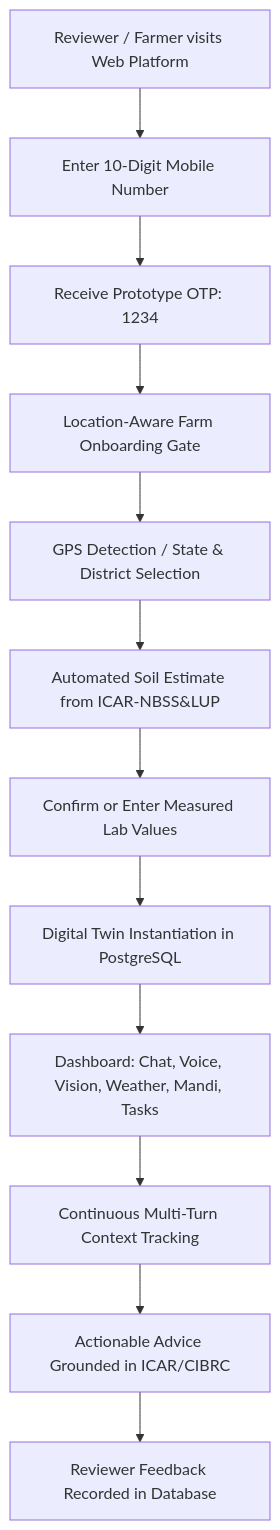
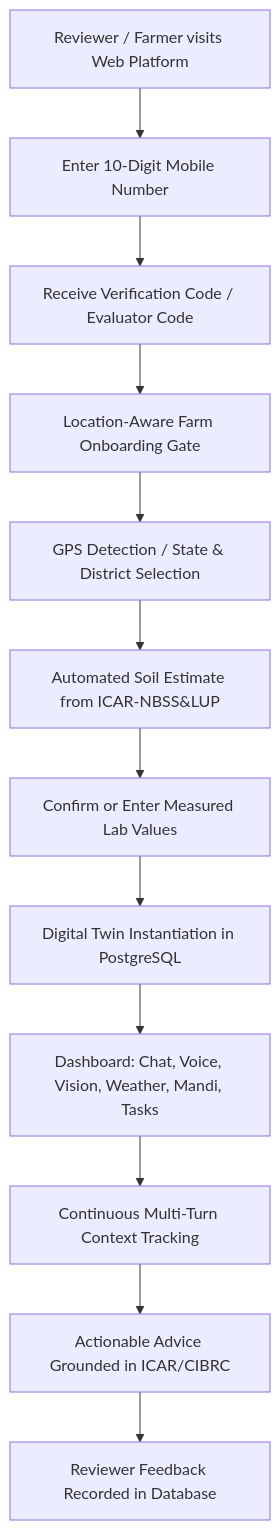
One commit to PotipireddyNaveenKumar/Bhoomi changed the diagram in docs/REVIEWER_READINESS_REPORT.md. Above: the diagram before and after it, drawn with Mermaid. The commit also changed other lines of this file and 4 other files, not shown here.

Commit message:
fix: resolve production OTP authentication flow

````diff
--- a/docs/REVIEWER_READINESS_REPORT.md
+++ b/docs/REVIEWER_READINESS_REPORT.md
@@ -13,14 +13,14 @@
 ```mermaid
 flowchart TD
     A[Reviewer / Farmer visits Web Platform] --> B[Enter 10-Digit Mobile Number]
-    B --> C[Receive Prototype OTP: 1234]
+    B --> C[Receive Verification Code / Evaluator Code]
     C --> D[Location-Aware Farm Onboarding Gate]
     D --> E[GPS Detection / State & District Selection]
     E --> F[Automated Soil Estimate from ICAR-NBSS&LUP]
     F --> G[Confirm or Enter Measured Lab Values]
     G --> H[Digital Twin Instantiation in PostgreSQL]
     H --> I[Dashboard: Chat, Voice, Vision, Weather, Mandi, Tasks]
     I --> J[Continuous Multi-Turn Context Tracking]
     J --> K[Actionable Advice Grounded in ICAR/CIBRC]
     K --> L[Reviewer Feedback Recorded in Database]
 ```
````
